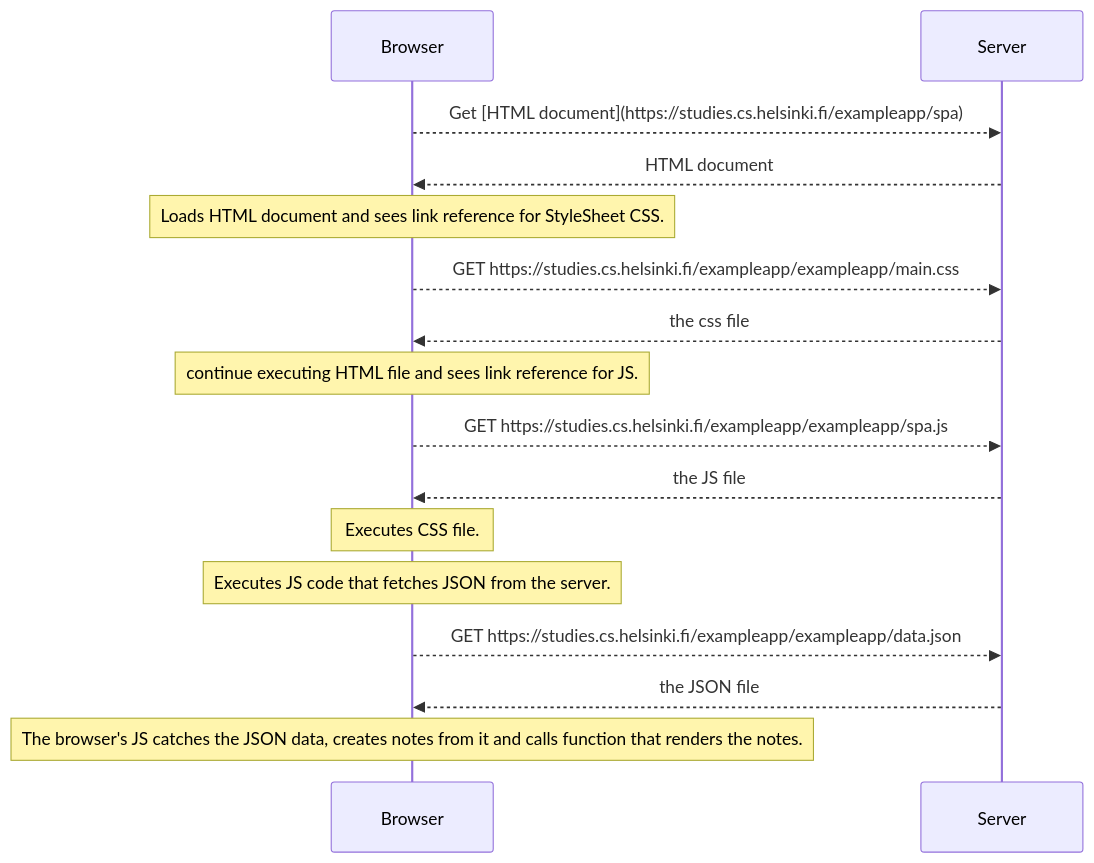
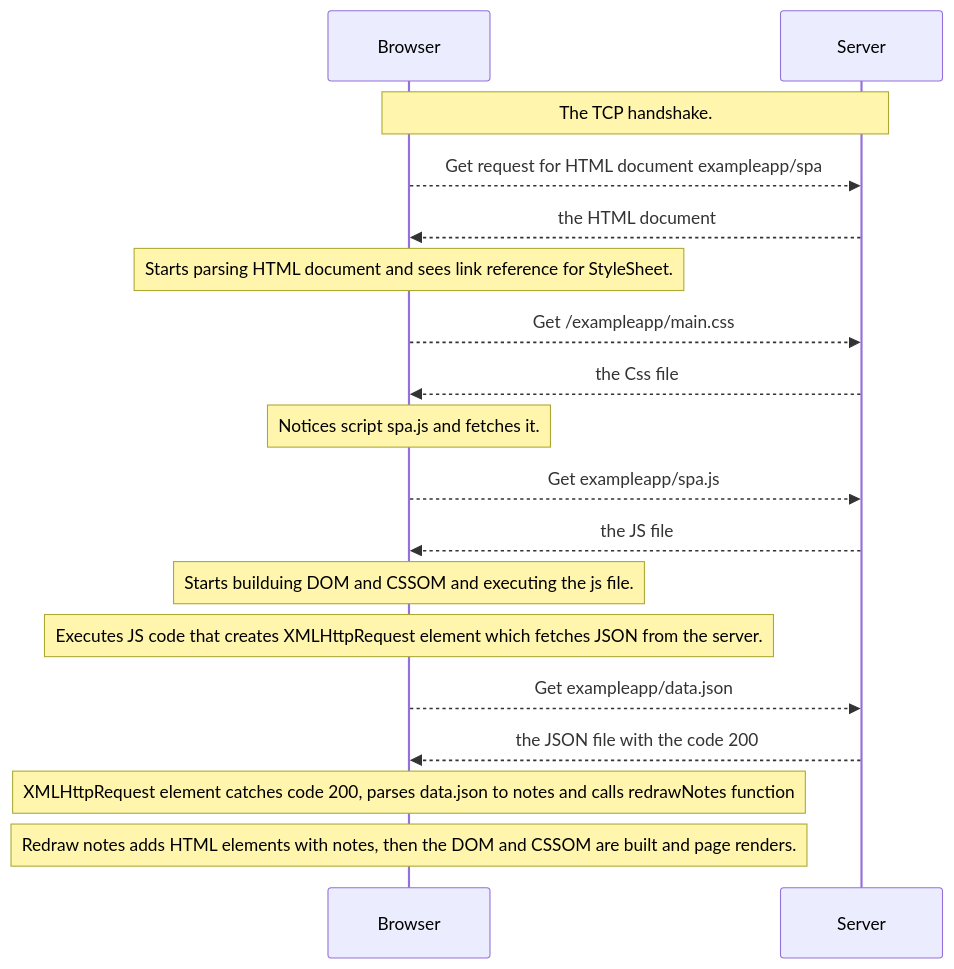
The diagram in part-0/0-5.md (M-Maciej/FullStackOpen), drawn with Mermaid before and after one commit.

````diff
--- a/part-0/0-5.md
+++ b/part-0/0-5.md
@@ -1,26 +1,29 @@
 ```mermaid
   sequenceDiagram
-    participant BR as Browser
-    participant SE as Server
+    participant Br as Browser
+    participant Se as Server
 
+    Note over Br, Se: The TCP handshake.
     %% Fetching HTML
-    BR-->>SE: Get [HTML document](https://studies.cs.helsinki.fi/exampleapp/spa)
-    SE-->>BR: HTML document
-    Note over BR: Loads HTML document and sees link reference for StyleSheet CSS.
+    Br-->>Se: Get request for HTML document exampleapp/spa
+    Se-->>Br: the HTML document
+    Note over Br: Starts parsing HTML document and sees link reference for StyleSheet.
 
     %% Fetching CSS
-    BR-->>SE: GET https://studies.cs.helsinki.fi/exampleapp/exampleapp/main.css
-    SE-->>BR: the css file
-    Note over BR: continue executing HTML file and sees link reference for JS.
+    Br-->>Se: Get /exampleapp/main.css
+    Se-->>Br: the Css file
+    Note over Br: Notices script spa.js and fetches it.
 
     %% Fetching JS
-    BR-->>SE: GET https://studies.cs.helsinki.fi/exampleapp/exampleapp/spa.js
-    SE-->>BR: the JS file
-    Note over BR: Executes CSS file.
-    Note over BR: Executes JS code that fetches JSON from the server.
+    Br-->>Se: Get exampleapp/spa.js
+    Se-->>Br: the JS file
+    Note over Br: Starts builduing DOM and CSSOM and executing the js file.
+    
 
     %% Fetching JSON data
-    BR-->>SE: GET https://studies.cs.helsinki.fi/exampleapp/exampleapp/data.json
-    SE-->>BR: the JSON file
-    Note over BR: The browser's JS catches the JSON data, creates notes from it and calls function that renders the notes.
+    Note over Br: Executes JS code that creates XMLHttpRequest element which fetches JSON from the server.
+    Br-->>Se: Get exampleapp/data.json
+    Se-->>Br: the JSON file with the code 200
+    Note over Br: XMLHttpRequest element catches code 200, parses data.json to notes and calls redrawNotes function
+    Note over Br: Redraw notes adds HTML elements with notes, then the DOM and CSSOM are built and page renders.
 ```
````
